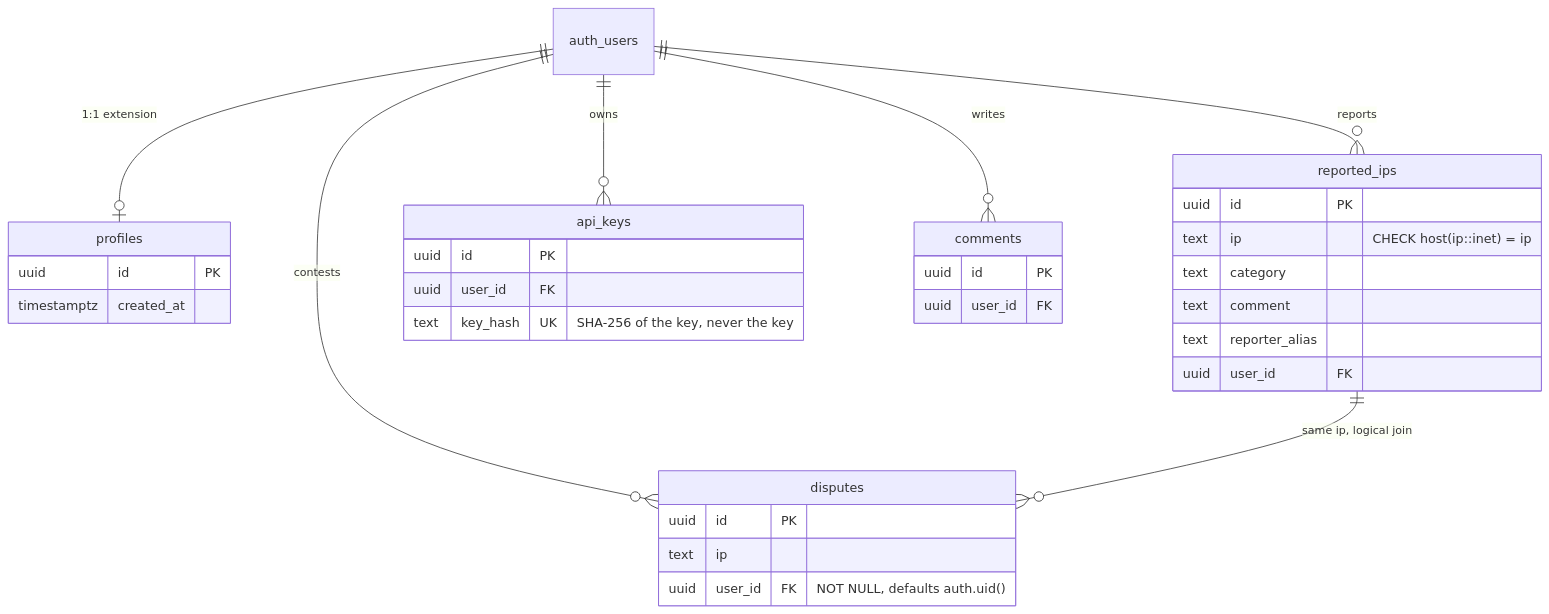
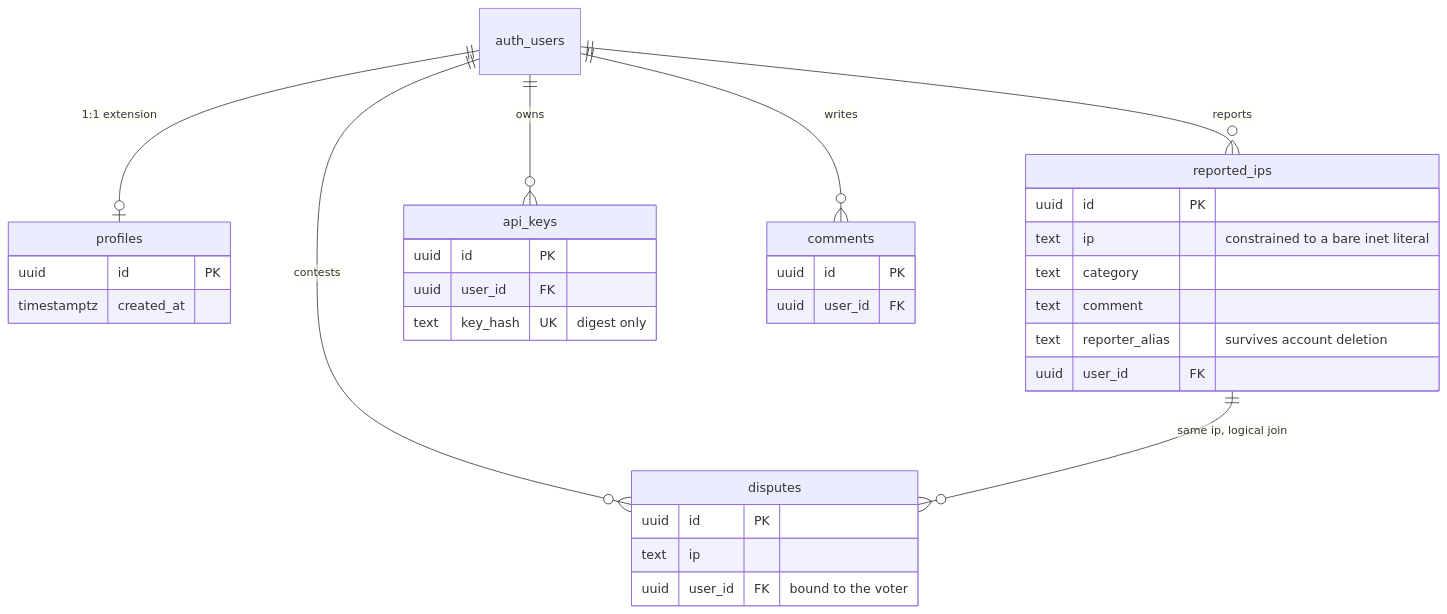
One commit to kalidada18/threatbase changed the sixth of 6 diagrams in README.md. Above: the diagram before and after it, drawn with Mermaid. The commit also changed other lines of this file, not shown here.

First line of the commit message:
docs(readme): update and reorganize documentation and diagrams

````diff
--- a/README.md
+++ b/README.md
@@ -283,36 +290,36 @@
 ```mermaid
 erDiagram
     auth_users ||--o| profiles : "1:1 extension"
     auth_users ||--o{ reported_ips : "reports"
     auth_users ||--o{ disputes : "contests"
     auth_users ||--o{ api_keys : "owns"
     auth_users ||--o{ comments : "writes"
     reported_ips ||--o{ disputes : "same ip, logical join"
 
     profiles {
         uuid id PK
         timestamptz created_at
     }
     reported_ips {
         uuid id PK
-        text ip "CHECK host(ip::inet) = ip"
+        text ip "constrained to a bare inet literal"
         text category
         text comment
-        text reporter_alias
+        text reporter_alias "survives account deletion"
         uuid user_id FK
     }
     disputes {
         uuid id PK
         text ip
-        uuid user_id FK "NOT NULL, defaults auth.uid()"
+        uuid user_id FK "bound to the voter"
     }
     api_keys {
         uuid id PK
         uuid user_id FK
-        text key_hash UK "SHA-256 of the key, never the key"
+        text key_hash UK "digest only"
     }
     comments {
         uuid id PK
         uuid user_id FK
     }
 ```
````
